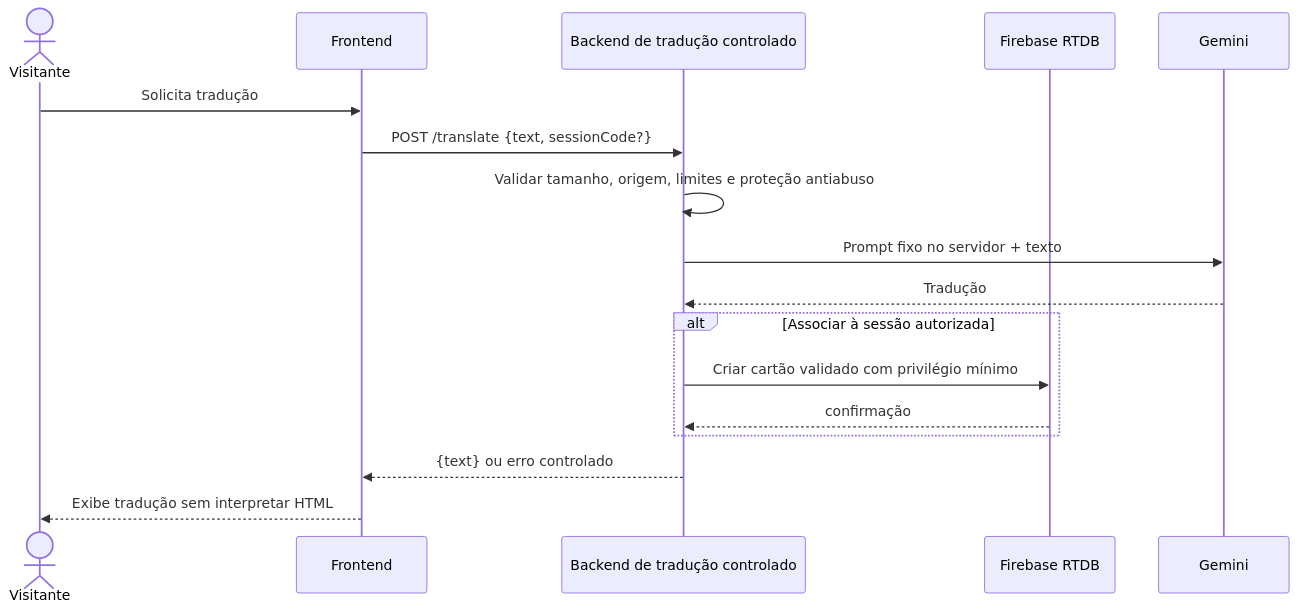
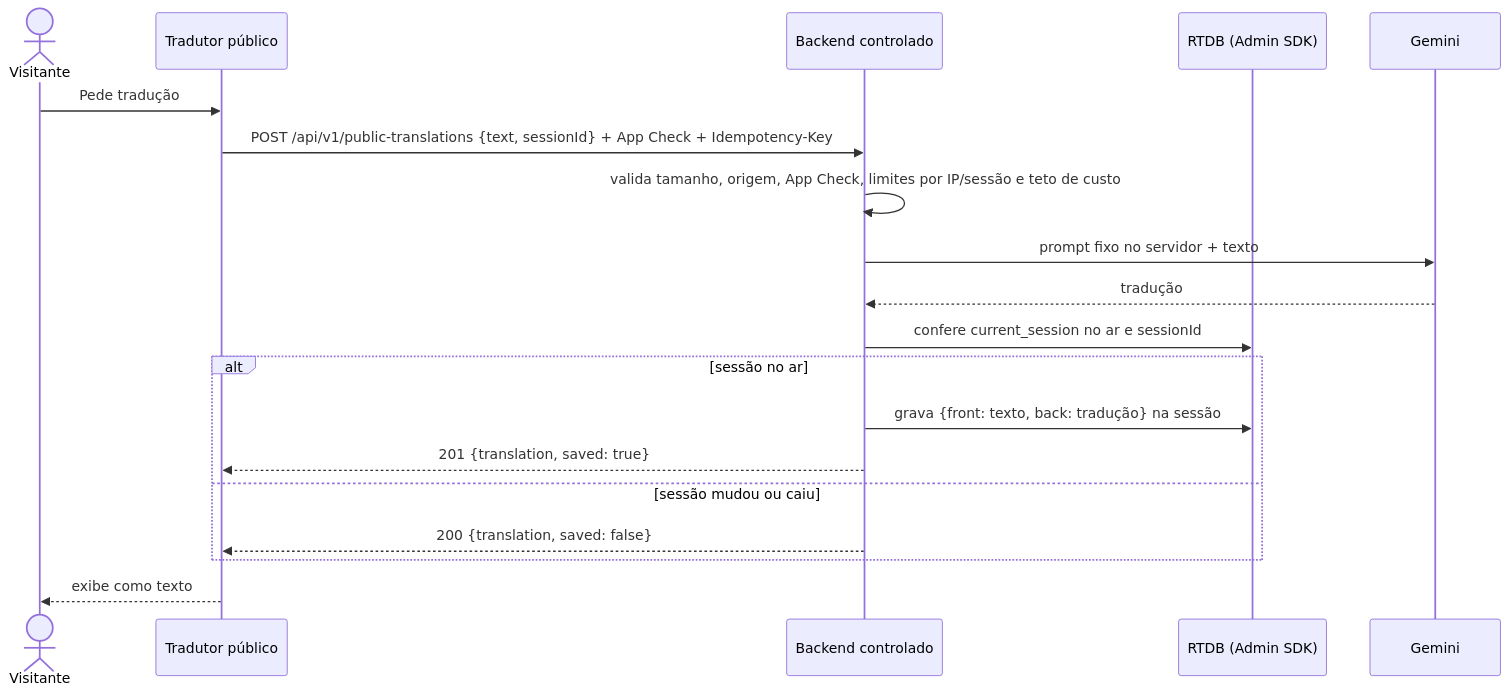
Before and after one commit to Lucas-Sperotto/fluencircle-website: the fifth of 14 diagrams in docs/diagramas/DIAGRAMAS.md, drawn with Mermaid. The commit also changed other lines of this file and 3 other files, not shown here.

First line of the commit message:
docs(engenharia): add access matrix, refresh AS-IS/TO-BE diagrams and requirement traceability

````diff
--- a/docs/diagramas/DIAGRAMAS.md
+++ b/docs/diagramas/DIAGRAMAS.md
@@ -123,19 +154,21 @@
 ```mermaid
 sequenceDiagram
     actor V as Visitante
-    participant WEB as Frontend
-    participant EDGE as Backend de tradução controlado
-    participant DB as Firebase RTDB
+    participant WEB as Tradutor público
+    participant BE as Backend controlado
+    participant DB as RTDB (Admin SDK)
     participant AI as Gemini
-    V->>WEB: Solicita tradução
-    WEB->>EDGE: POST /translate {text, sessionCode?}
-    EDGE->>EDGE: Validar tamanho, origem, limites e proteção antiabuso
-    EDGE->>AI: Prompt fixo no servidor + texto
-    AI-->>EDGE: Tradução
-    alt Associar à sessão autorizada
-        EDGE->>DB: Criar cartão validado com privilégio mínimo
-        DB-->>EDGE: confirmação
+    V->>WEB: Pede tradução
+    WEB->>BE: POST /api/v1/public-translations {text, sessionId} + App Check + Idempotency-Key
+    BE->>BE: valida tamanho, origem, App Check, limites por IP/sessão e teto de custo
+    BE->>AI: prompt fixo no servidor + texto
+    AI-->>BE: tradução
+    BE->>DB: confere current_session no ar e sessionId
+    alt sessão no ar
+        BE->>DB: grava {front: texto, back: tradução} na sessão
+        BE-->>WEB: 201 {translation, saved: true}
+    else sessão mudou ou caiu
+        BE-->>WEB: 200 {translation, saved: false}
     end
-    EDGE-->>WEB: {text} ou erro controlado
-    WEB-->>V: Exibe tradução sem interpretar HTML
+    WEB-->>V: exibe como texto
 ```
````
